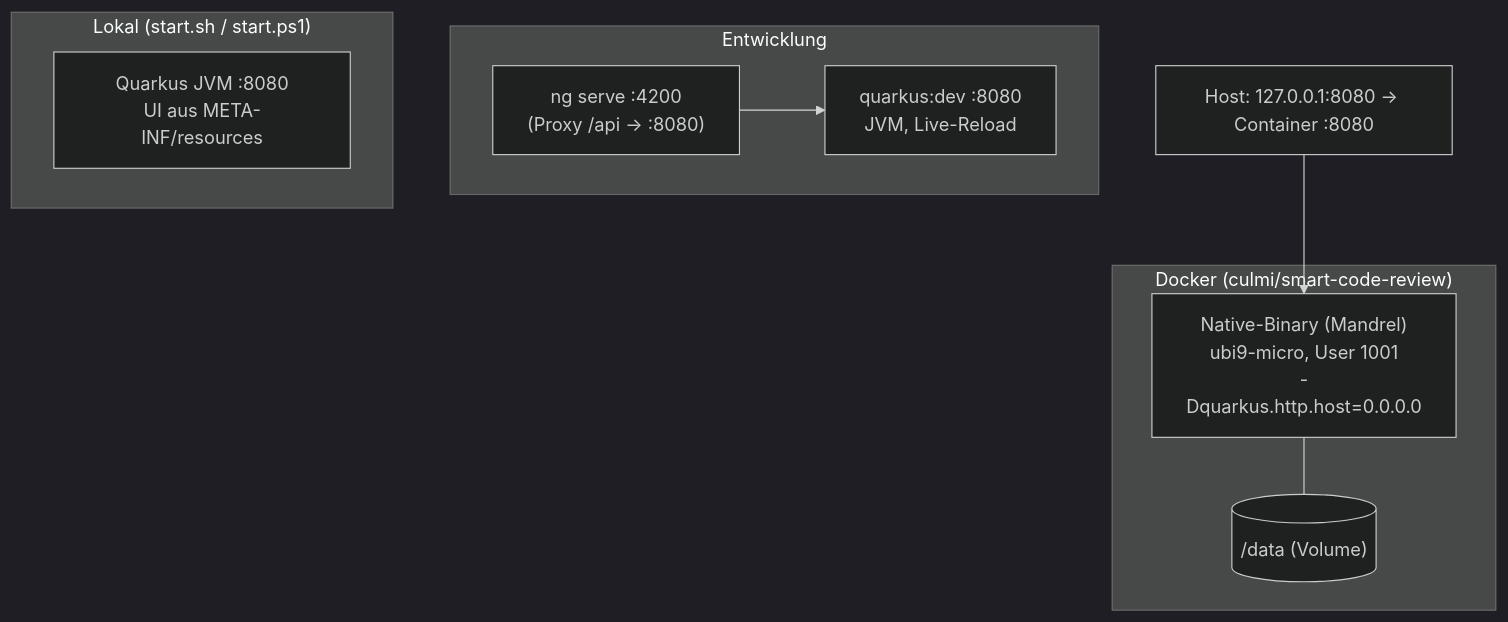
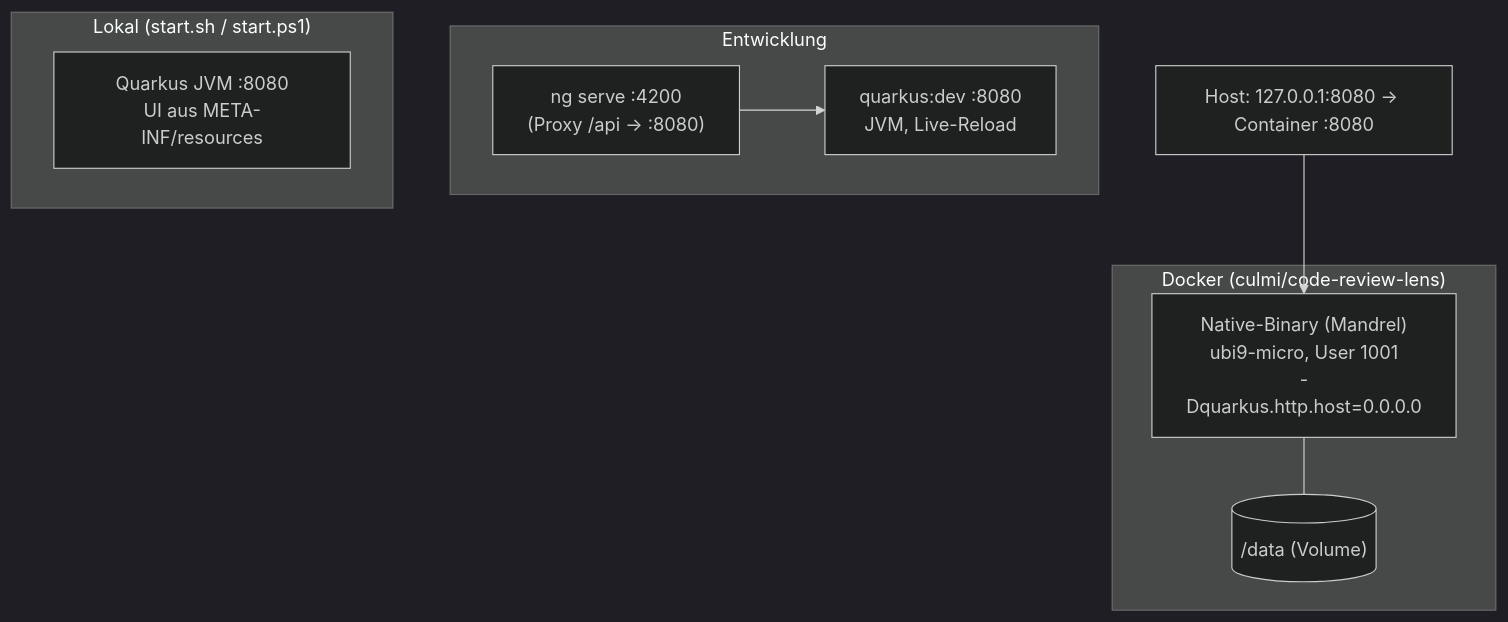
Before and after one commit to cyrilleulmi/code-review-lens: the second of 6 diagrams in docs/09-architektur-ueberblick.md, drawn with Mermaid (dark theme). The commit also changed other lines of this file and 208 other files, not shown here.

First line of the commit message:
Rename the tool to CodeReviewLens

````diff
--- a/docs/09-architektur-ueberblick.md
+++ b/docs/09-architektur-ueberblick.md
@@ -75,15 +75,15 @@
 ```mermaid
 flowchart TB
     subgraph dev["Entwicklung"]
         ng["ng serve :4200<br/>(Proxy /api → :8080)"] --> qd["quarkus:dev :8080<br/>JVM, Live-Reload"]
     end
     subgraph local["Lokal (start.sh / start.ps1)"]
         qj["Quarkus JVM :8080<br/>UI aus META-INF/resources"]
     end
-    subgraph docker["Docker (culmi/smart-code-review)"]
+    subgraph docker["Docker (culmi/code-review-lens)"]
         nat["Native-Binary (Mandrel)<br/>ubi9-micro, User 1001<br/>-Dquarkus.http.host=0.0.0.0"]
         vol[("/data (Volume)")]
         nat --- vol
     end
     host["Host: 127.0.0.1:8080 → Container :8080"] --> nat
 ```
````
